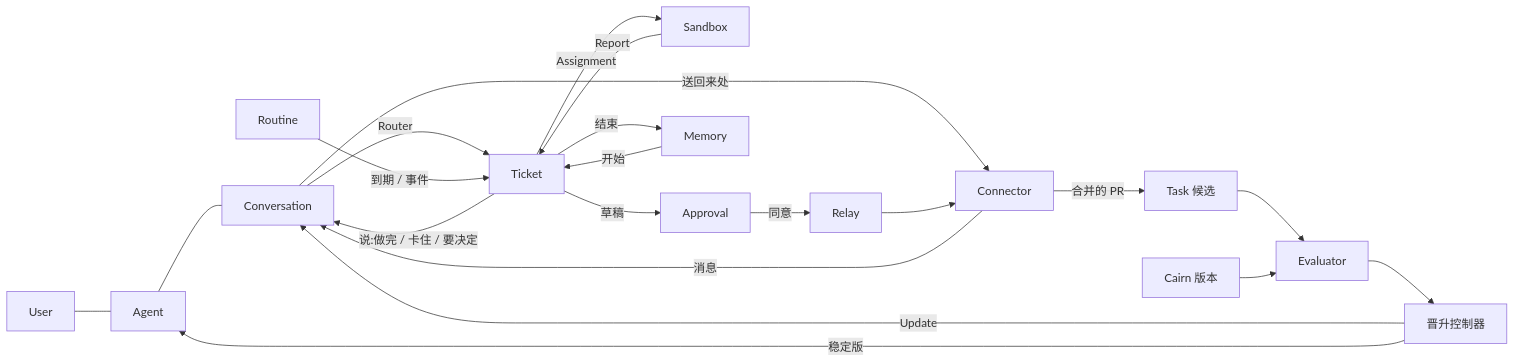
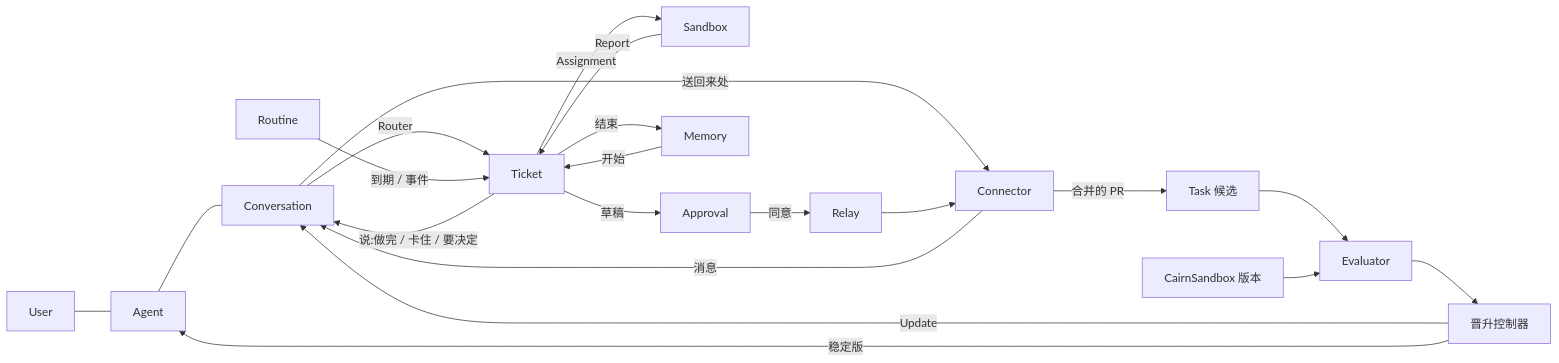
One commit to William2333ZZ/cairnsandbox changed the first of 2 diagrams in docs/002-domain.md. Above: the diagram before and after it, drawn with Mermaid. The commit also changed other lines of this file and 75 other files, not shown here.

Commit message:
Rename the project to CairnSandbox (prose, banner, console title); identifiers stay

````diff
--- a/docs/002-domain.md
+++ b/docs/002-domain.md
@@ -7,23 +7,23 @@
 ```mermaid
 flowchart LR
   U[User] --- A[Agent]
   A --- C[Conversation]
   X[Connector] -->|消息| C
   C -->|Router| K[Ticket]
   K -->|Assignment| B[Sandbox]
   B -->|Report| K
   K -->|说:做完 / 卡住 / 要决定| C
   C -->|送回来处| X
   K -->|草稿| P[Approval]
   P -->|同意| R[Relay]
   R --> X
   K -->|结束| M[Memory]
   M -->|开始| K
   T[Routine] -->|到期 / 事件| K
   X -->|合并的 PR| Q[Task 候选]
   Q --> EV[Evaluator]
-  V[Cairn 版本] --> EV
+  V[CairnSandbox 版本] --> EV
   EV --> PC[晋升控制器]
   PC -->|Update| C
   PC -->|稳定版| A
 ```
````
